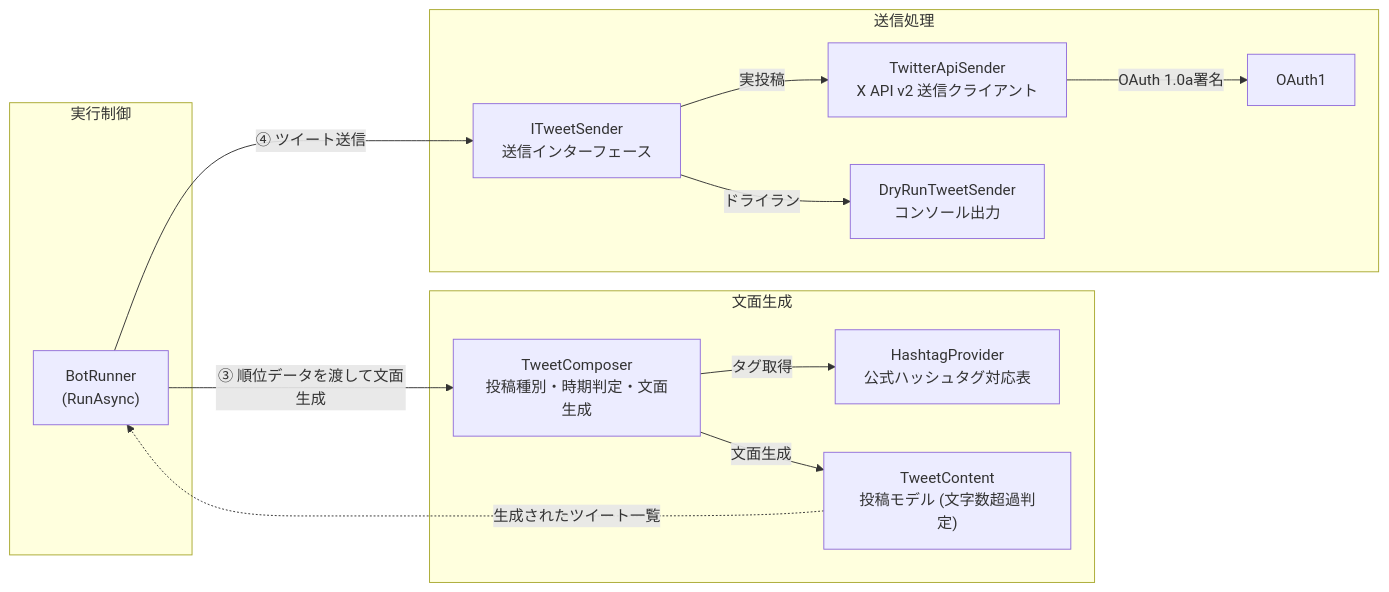
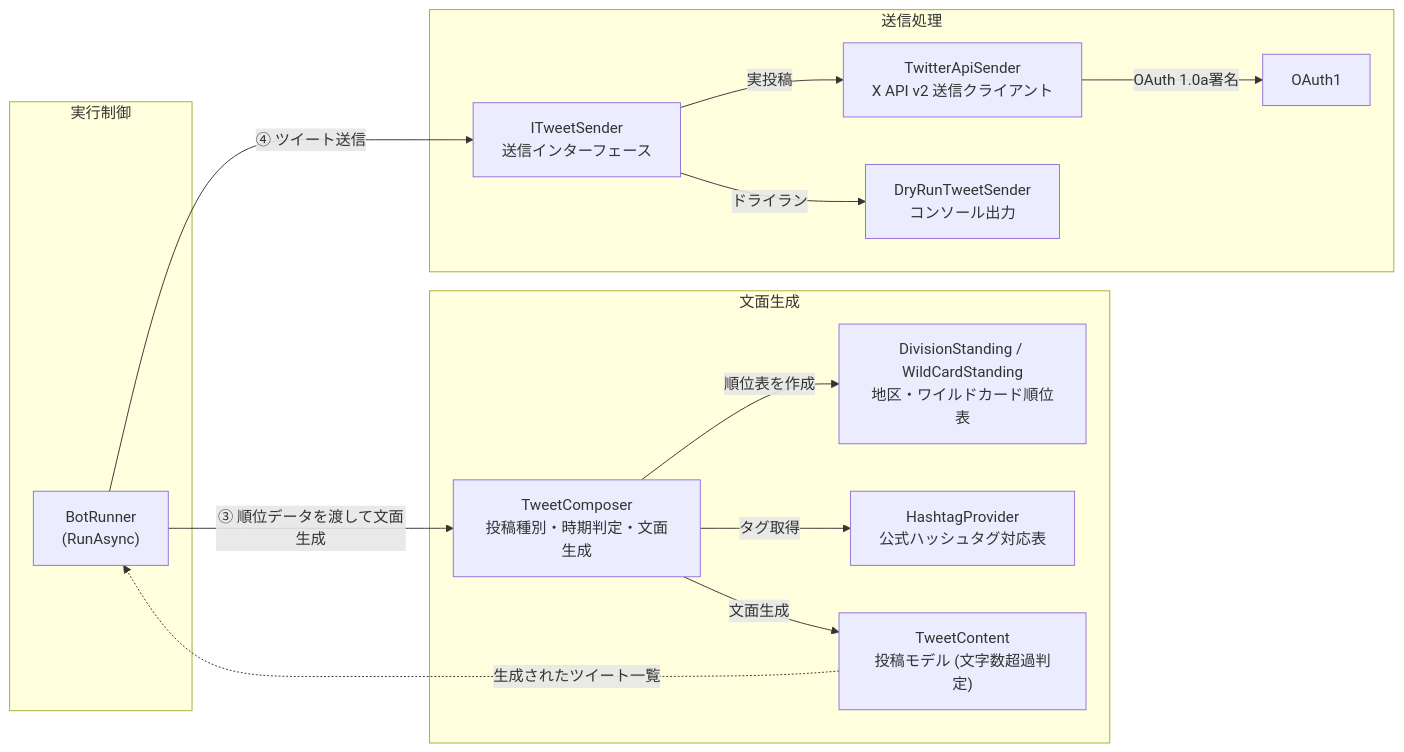
One commit to shin4488/MlbBot changed the fourth of 7 diagrams in docs/development.md. Above: the diagram before and after it, drawn with Mermaid. The commit also changed other lines of this file and 14 other files, not shown here.

````diff
--- a/docs/development.md
+++ b/docs/development.md
@@ -144,31 +142,33 @@
 ```mermaid
 flowchart LR
     subgraph Caller["実行制御"]
         BR2["BotRunner<br>(RunAsync)"]
     end
 
     subgraph Composer["文面生成"]
-        C["TweetComposer<br>投稿種別・時期判定・文面生成"] -->|タグ取得| H["HashtagProvider<br>公式ハッシュタグ対応表"]
+        C["TweetComposer<br>投稿種別・時期判定・文面生成"] -->|順位表を作成| DS["DivisionStanding / WildCardStanding<br>地区・ワイルドカード順位表"]
+        C -->|タグ取得| H["HashtagProvider<br>公式ハッシュタグ対応表"]
         C -->|文面生成| T["TweetContent<br>投稿モデル (文字数超過判定)"]
     end
 
     subgraph Sender["送信処理"]
         I["ITweetSender<br>送信インターフェース"]
         I -->|実投稿| X["TwitterApiSender<br>X API v2 送信クライアント"]
         X -->|OAuth 1.0a署名| A["OAuth1"]
         I -->|ドライラン| D["DryRunTweetSender<br>コンソール出力"]
     end
 
     BR2 -->|③ 順位データを渡して文面生成| C
     T -.->|生成されたツイート一覧| BR2
     BR2 -->|④ ツイート送信| I
 
     click BR2 "../TwitterMlbBot/BotRunner.cs"
     click C "../TwitterMlbBot/Composing/TweetComposer.cs"
+    click DS "../TwitterMlbBot/Mlb/"
     click H "../TwitterMlbBot/Composing/HashtagProvider.cs"
     click T "../TwitterMlbBot/Composing/TweetContent.cs"
     click I "../TwitterMlbBot/Twitter/ITweetSender.cs"
     click X "../TwitterMlbBot/Twitter/TwitterApiSender.cs"
     click A "../TwitterMlbBot/Authorization/OAuth1.cs"
     click D "../TwitterMlbBot/Twitter/DryRunTweetSender.cs"
 ```
````
